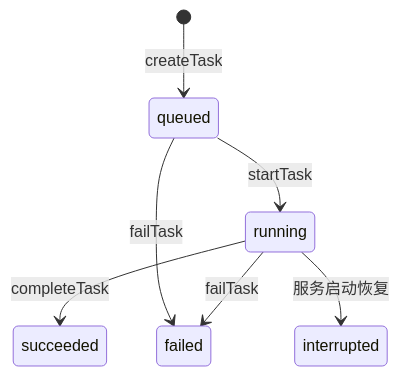
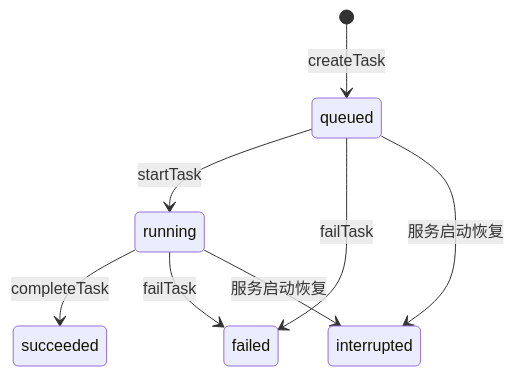
The second of 2 diagrams in docs/database-design.md (soapgu/clash-sentinel), drawn with Mermaid before and after one commit. The commit also changed other lines of this file and 25 other files, not shown here.

````diff
--- a/docs/database-design.md
+++ b/docs/database-design.md
@@ -485,9 +486,10 @@
 ```mermaid
 stateDiagram-v2
     [*] --> queued: createTask
     queued --> running: startTask
     running --> succeeded: completeTask
     queued --> failed: failTask
     running --> failed: failTask
+    queued --> interrupted: 服务启动恢复
     running --> interrupted: 服务启动恢复
 ```
````
